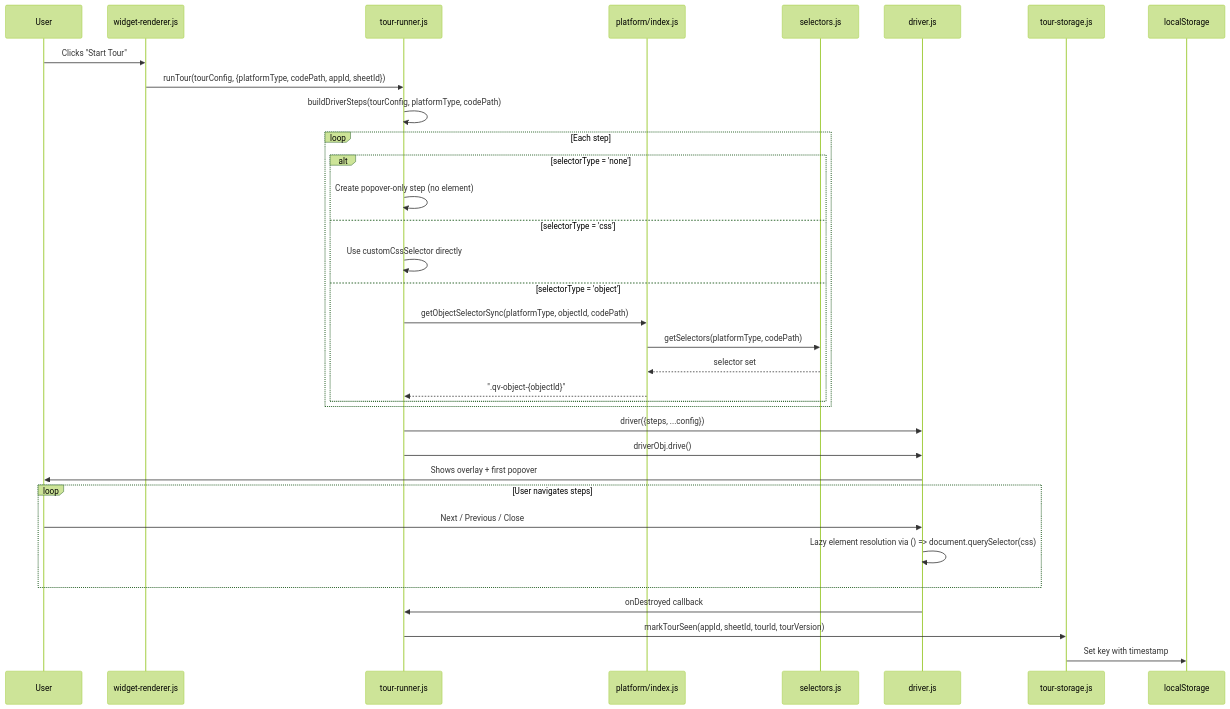
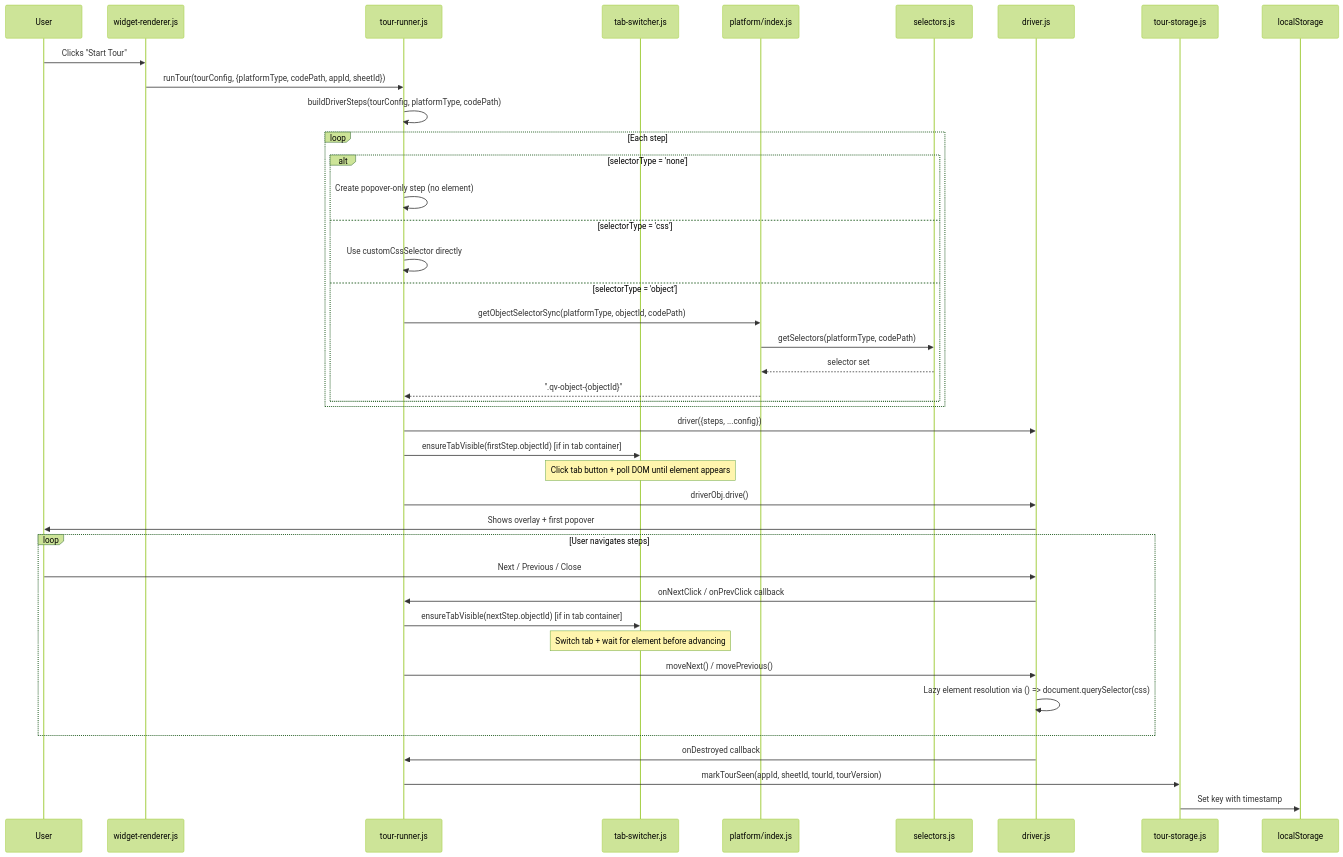
The second of 6 diagrams in docs/TOUR-SYSTEM.md (ptarmiganlabs/onboard.qs), drawn with Mermaid (forest theme) before and after one commit. The commit also changed other lines of this file and 14 other files, not shown here.

````diff
--- a/docs/TOUR-SYSTEM.md
+++ b/docs/TOUR-SYSTEM.md
@@ -107,41 +107,48 @@
 ```mermaid
 sequenceDiagram
     participant User
     participant WR as widget-renderer.js
     participant TR as tour-runner.js
+    participant TB as tab-switcher.js
     participant PI as platform/index.js
     participant SE as selectors.js
     participant DJ as driver.js
     participant TS as tour-storage.js
     participant LS as localStorage
 
     User->>WR: Clicks "Start Tour"
     WR->>TR: runTour(tourConfig, {platformType, codePath, appId, sheetId})
     TR->>TR: buildDriverSteps(tourConfig, platformType, codePath)
 
     loop Each step
         alt selectorType = 'none'
             TR->>TR: Create popover-only step (no element)
         else selectorType = 'css'
             TR->>TR: Use customCssSelector directly
         else selectorType = 'object'
             TR->>PI: getObjectSelectorSync(platformType, objectId, codePath)
             PI->>SE: getSelectors(platformType, codePath)
             SE-->>PI: selector set
             PI-->>TR: ".qv-object-{objectId}"
         end
     end
 
     TR->>DJ: driver({steps, ...config})
+    TR->>TB: ensureTabVisible(firstStep.objectId) [if in tab container]
+    Note over TB: Click tab button + poll DOM until element appears
     TR->>DJ: driverObj.drive()
     DJ->>User: Shows overlay + first popover
 
     loop User navigates steps
         User->>DJ: Next / Previous / Close
+        DJ->>TR: onNextClick / onPrevClick callback
+        TR->>TB: ensureTabVisible(nextStep.objectId) [if in tab container]
+        Note over TB: Switch tab + wait for element before advancing
+        TR->>DJ: moveNext() / movePrevious()
         DJ->>DJ: Lazy element resolution via () => document.querySelector(css)
     end
 
     DJ->>TR: onDestroyed callback
     TR->>TS: markTourSeen(appId, sheetId, tourId, tourVersion)
     TS->>LS: Set key with timestamp
 ```
````
